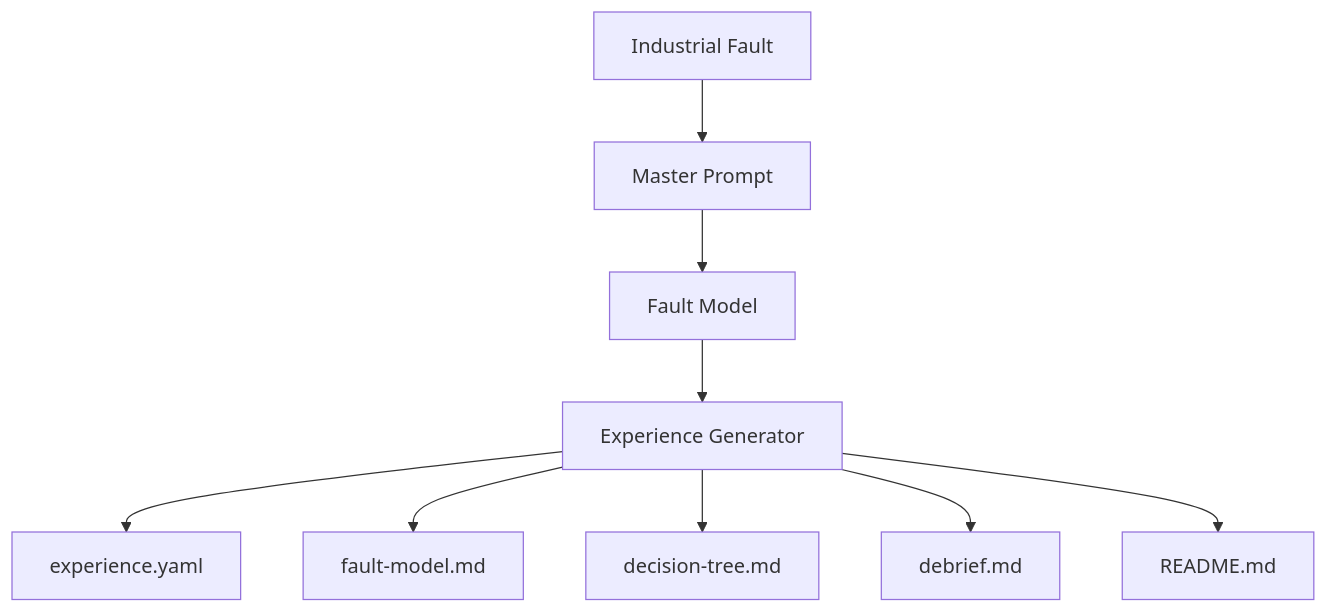
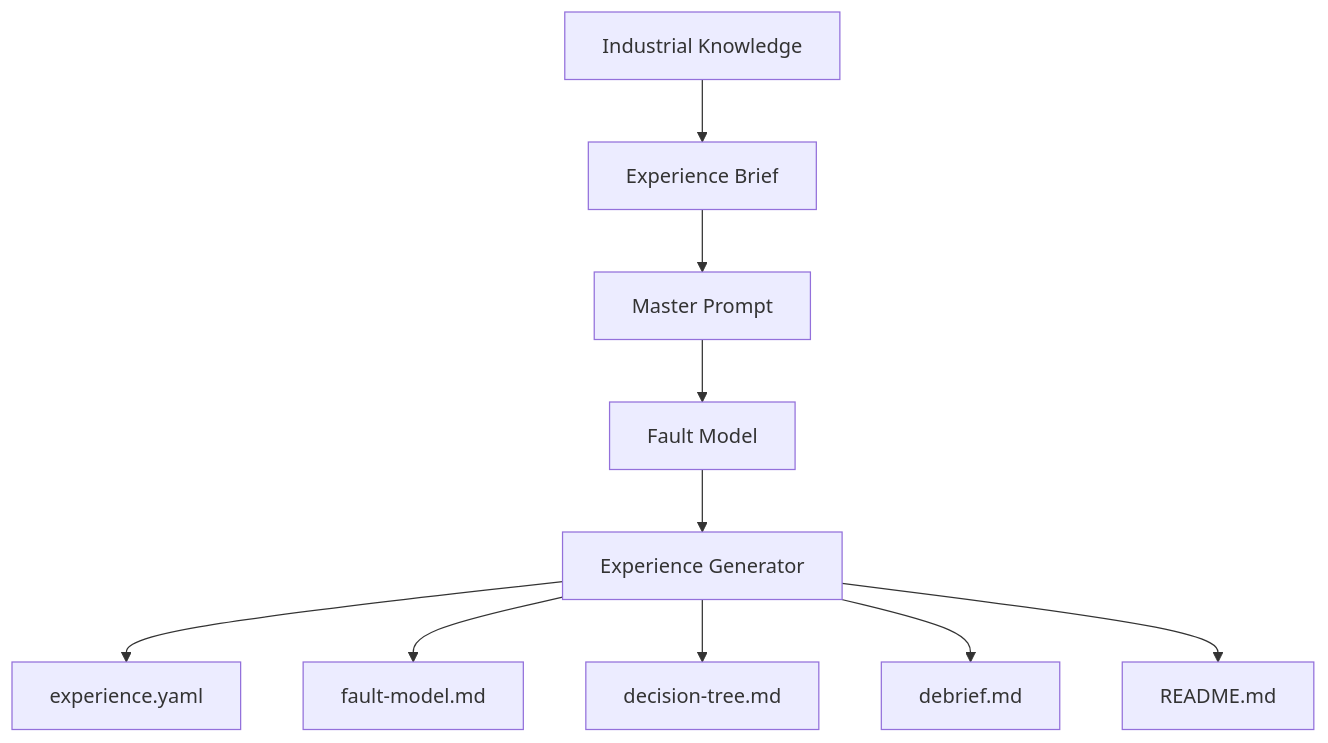
One commit to I0A1DB200/Web-Digital2Real changed the diagram in experience-engine/workflows/automatic-experience-generation-workflow.md. Above: the diagram before and after it, drawn with Mermaid. The commit also changed other lines of this file and 5 other files, not shown here.

Commit message:
docs(experience-engine): add experience brief architecture

````diff
--- a/experience-engine/workflows/automatic-experience-generation-workflow.md
+++ b/experience-engine/workflows/automatic-experience-generation-workflow.md
@@ -25,11 +25,12 @@
 ```mermaid
 flowchart TD
-    A[Industrial Fault] --> B[Master Prompt]
-    B --> C[Fault Model]
-    C --> D[Experience Generator]
-    D --> E[experience.yaml]
-    D --> F[fault-model.md]
-    D --> G[decision-tree.md]
-    D --> H[debrief.md]
-    D --> I[README.md]
+    A[Industrial Knowledge] --> B[Experience Brief]
+    B --> C[Master Prompt]
+    C --> D[Fault Model]
+    D --> E[Experience Generator]
+    E --> F[experience.yaml]
+    E --> G[fault-model.md]
+    E --> H[decision-tree.md]
+    E --> I[debrief.md]
+    E --> J[README.md]
 ```
````
